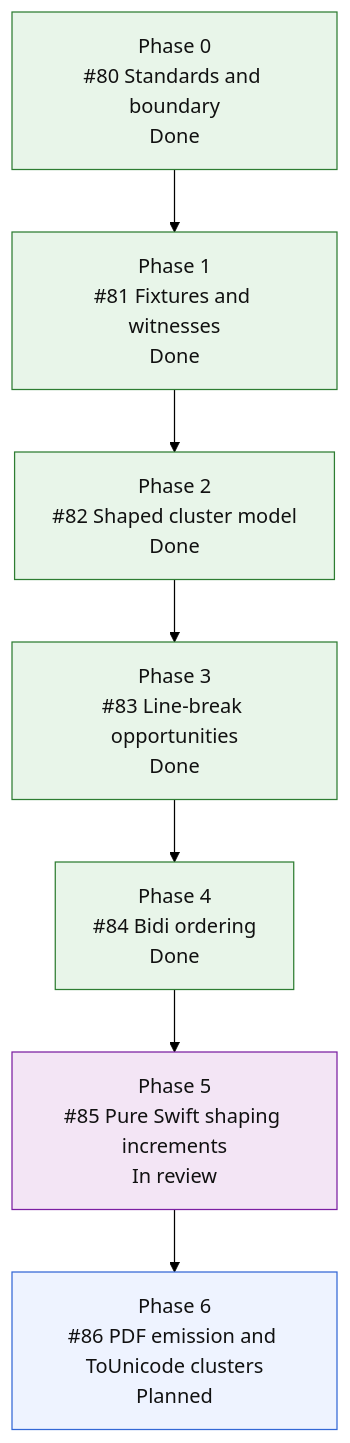
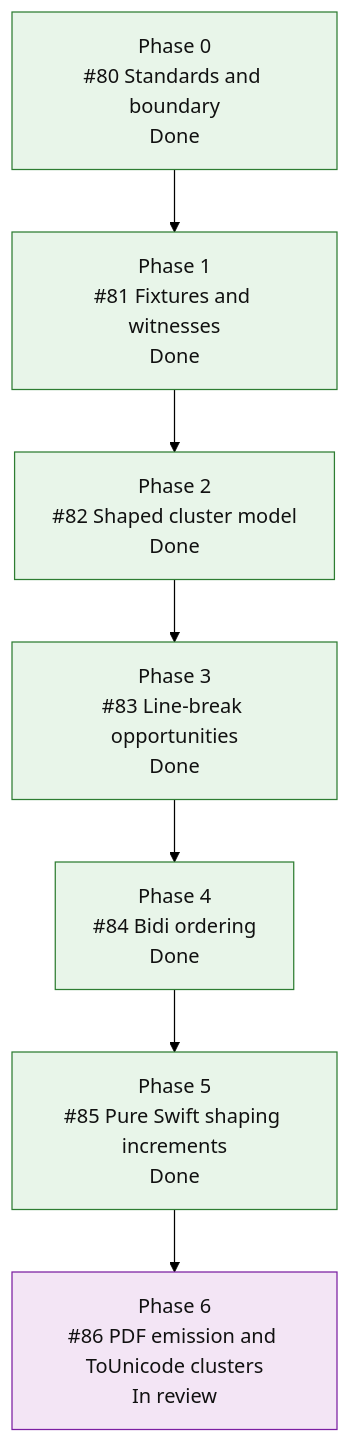
Before and after one commit to mihaelamj/MarkdownPDF: the fourth of 4 diagrams in README.md, drawn with Mermaid (forest theme). The commit also changed 12 other files, not shown here.

````diff
--- a/README.md
+++ b/README.md
@@ -301,21 +301,20 @@
 ```mermaid
 flowchart TD
     S0["Phase 0<br/>#80 Standards and boundary<br/>Done"]
     S1["Phase 1<br/>#81 Fixtures and witnesses<br/>Done"]
     S2["Phase 2<br/>#82 Shaped cluster model<br/>Done"]
     S3["Phase 3<br/>#83 Line-break opportunities<br/>Done"]
     S4["Phase 4<br/>#84 Bidi ordering<br/>Done"]
-    S5["Phase 5<br/>#85 Pure Swift shaping increments<br/>In review"]
-    S6["Phase 6<br/>#86 PDF emission and ToUnicode clusters<br/>Planned"]
+    S5["Phase 5<br/>#85 Pure Swift shaping increments<br/>Done"]
+    S6["Phase 6<br/>#86 PDF emission and ToUnicode clusters<br/>In review"]
 
     S0 --> S1 --> S2 --> S3 --> S4 --> S5 --> S6
 
     classDef done fill:#e8f5e9,stroke:#2e7d32,color:#111;
     classDef active fill:#e3f2fd,stroke:#1565c0,color:#111;
     classDef review fill:#f3e5f5,stroke:#7b1fa2,color:#111;
     classDef next fill:#fff8e1,stroke:#f9a825,color:#111;
     classDef todo fill:#eef3ff,stroke:#3367d6,color:#111;
-    class S0,S1,S2,S3,S4 done;
-    class S5 review;
-    class S6 todo;
+    class S0,S1,S2,S3,S4,S5 done;
+    class S6 review;
 ```
````
